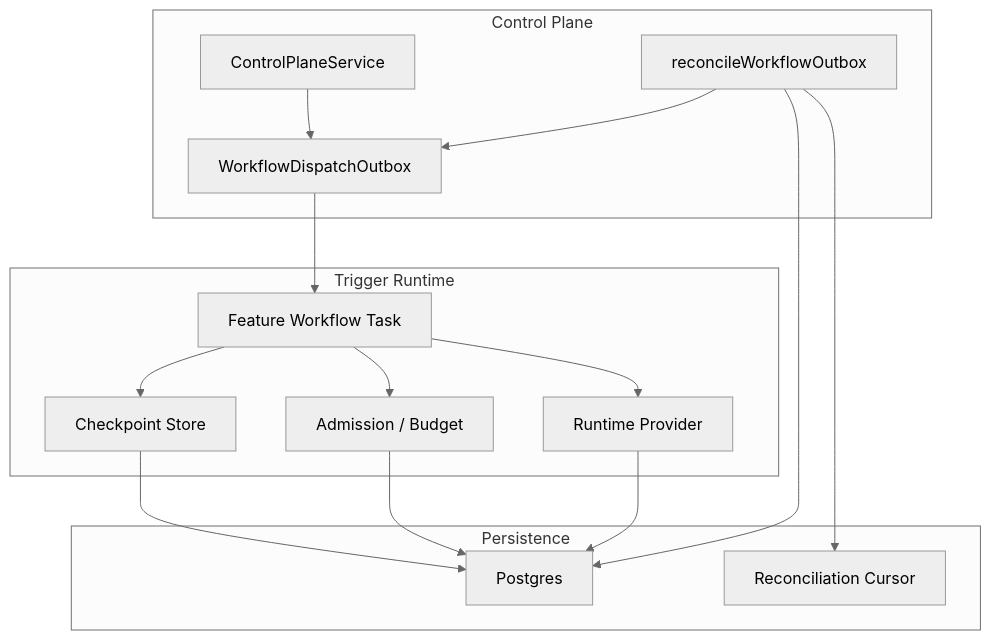
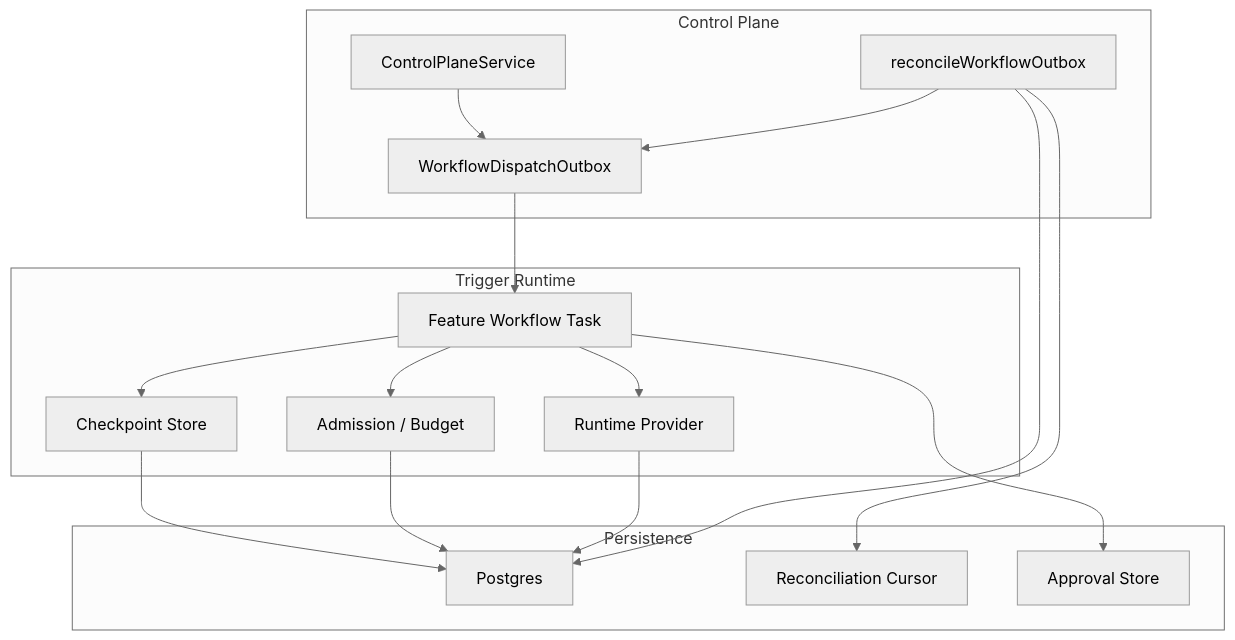
Before and after one commit to vmyazin/agent-os-passerine: the first of 8 diagrams in .qoder/repowiki/en/content/Core Concepts/Workflows and Pipelines/Workflow Lifecycle Management.md, drawn with Mermaid (neutral theme). The commit also changed other lines of this file and 133 other files, not shown here.

````diff
--- a/.qoder/repowiki/en/content/Core Concepts/Workflows and Pipelines/Workflow Lifecycle Management.md
+++ b/.qoder/repowiki/en/content/Core Concepts/Workflows and Pipelines/Workflow Lifecycle Management.md
@@ -40,29 +48,31 @@
 ```mermaid
 graph TB
 subgraph "Control Plane"
 CP["ControlPlaneService"]
 OUTBOX["WorkflowDispatchOutbox"]
 RECONCILE["reconcileWorkflowOutbox"]
 end
 subgraph "Trigger Runtime"
 WF["Feature Workflow Task"]
 CKPT["Checkpoint Store"]
 ADMIT["Admission / Budget"]
 RUNTIME["Runtime Provider"]
 end
 subgraph "Persistence"
 DB["Postgres"]
 CURSOR["Reconciliation Cursor"]
+APPROVALS["Approval Store"]
 end
 CP --> OUTBOX
 RECONCILE --> OUTBOX
 OUTBOX --> WF
 WF --> CKPT
 WF --> ADMIT
 WF --> RUNTIME
+WF --> APPROVALS
 CKPT --> DB
 ADMIT --> DB
 RUNTIME --> DB
 RECONCILE --> CURSOR
 RECONCILE --> DB
 ```
````
